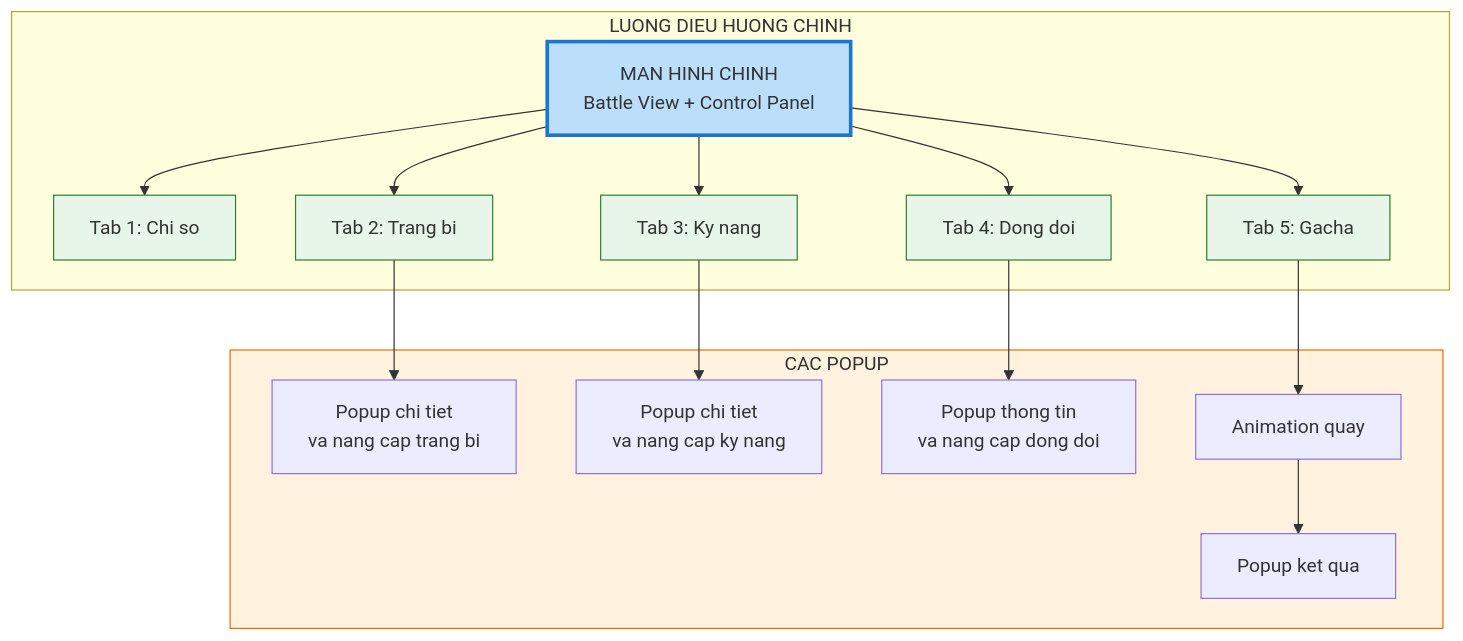
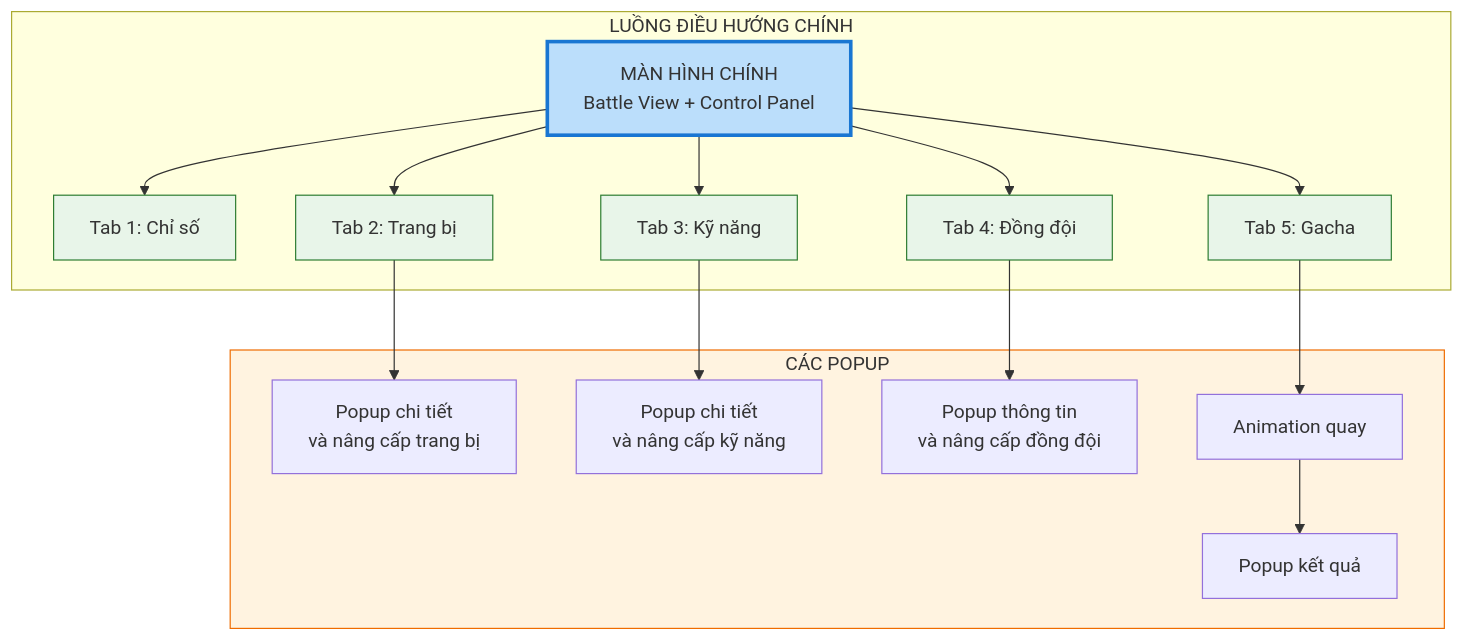
The fifth of 6 diagrams in docs/cac-chuc-nang-chinh-va-bo-cuc.md (luantran-working/idlegame-designdocs), drawn with Mermaid before and after one commit. The commit also changed other lines of this file and 16 other files, not shown here.

Commit message:
feat: Introduce extensive game design documentation covering game systems, UI, and roadmap, and enable Mermaid diagram support in Docusaurus.

````diff
--- a/docs/cac-chuc-nang-chinh-va-bo-cuc.md
+++ b/docs/cac-chuc-nang-chinh-va-bo-cuc.md
@@ -305,40 +305,40 @@
 ```mermaid
 flowchart TD
-    subgraph MainFlow["LUONG DIEU HUONG CHINH"]
-        Main["MAN HINH CHINH<br/>Battle View + Control Panel"]
+    subgraph MainFlow["LUỒNG ĐIỀU HƯỚNG CHÍNH"]
+        Main["MÀN HÌNH CHÍNH<br/>Battle View + Control Panel"]
 
-        Tab1["Tab 1: Chi so"]
-        Tab2["Tab 2: Trang bi"]
-        Tab3["Tab 3: Ky nang"]
-        Tab4["Tab 4: Dong doi"]
+        Tab1["Tab 1: Chỉ số"]
+        Tab2["Tab 2: Trang bị"]
+        Tab3["Tab 3: Kỹ năng"]
+        Tab4["Tab 4: Đồng đội"]
         Tab5["Tab 5: Gacha"]
 
         Main --> Tab1
         Main --> Tab2
         Main --> Tab3
         Main --> Tab4
         Main --> Tab5
     end
 
-    subgraph Popups["CAC POPUP"]
-        PopEquip["Popup chi tiet<br/>va nang cap trang bi"]
-        PopSkill["Popup chi tiet<br/>va nang cap ky nang"]
-        PopHero["Popup thong tin<br/>va nang cap dong doi"]
+    subgraph Popups["CÁC POPUP"]
+        PopEquip["Popup chi tiết<br/>và nâng cấp trang bị"]
+        PopSkill["Popup chi tiết<br/>và nâng cấp kỹ năng"]
+        PopHero["Popup thông tin<br/>và nâng cấp đồng đội"]
         PopGacha["Animation quay"]
-        PopResult["Popup ket qua"]
+        PopResult["Popup kết quả"]
     end
 
     Tab2 --> PopEquip
     Tab3 --> PopSkill
     Tab4 --> PopHero
     Tab5 --> PopGacha
     PopGacha --> PopResult
 
     style Main fill:#bbdefb,stroke:#1976d2,stroke-width:3px
     style Tab1 fill:#e8f5e9,stroke:#2e7d32,stroke-width:1px
     style Tab2 fill:#e8f5e9,stroke:#2e7d32,stroke-width:1px
     style Tab3 fill:#e8f5e9,stroke:#2e7d32,stroke-width:1px
     style Tab4 fill:#e8f5e9,stroke:#2e7d32,stroke-width:1px
     style Tab5 fill:#e8f5e9,stroke:#2e7d32,stroke-width:1px
     style Popups fill:#fff3e0,stroke:#ef6c00,stroke-width:1px
 ```
````
